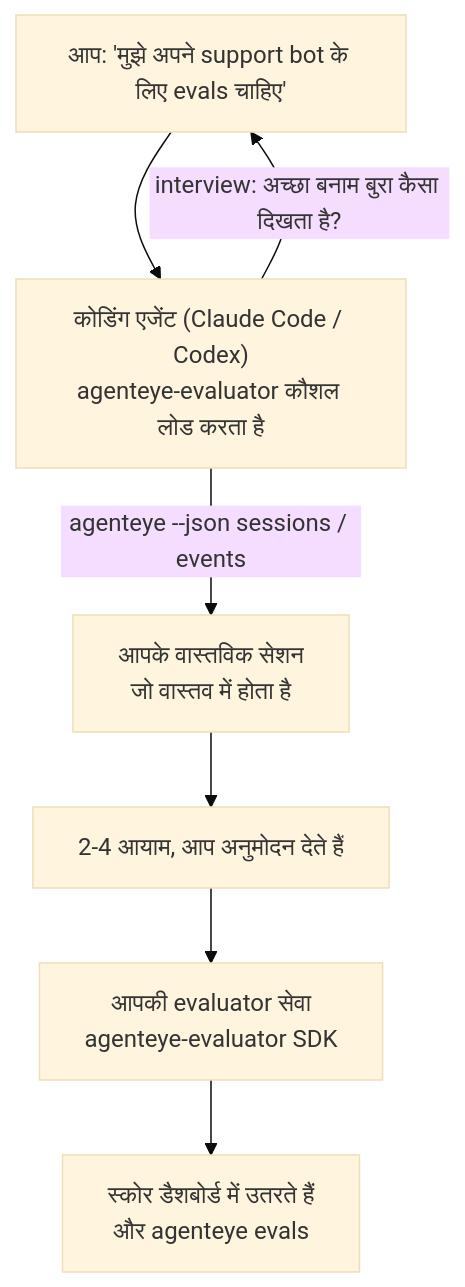
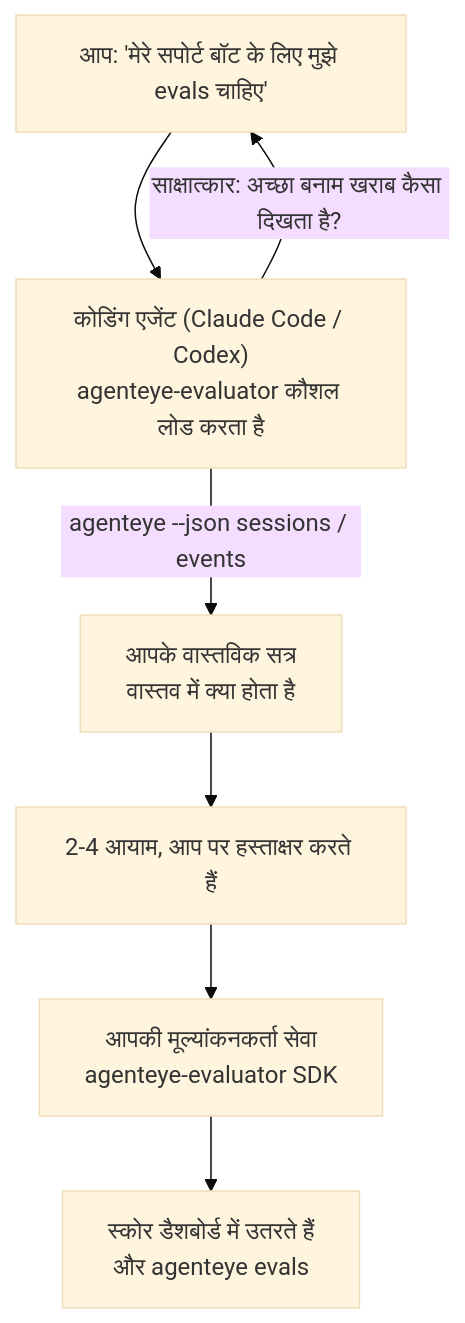
One commit to FailproofAI/failproofai changed the diagram in docs/hi/agenteye/evaluator-skill.mdx. Above: the diagram before and after it, drawn with Mermaid (base theme). The commit also changed other lines of this file and 651 other files, not shown here.

````diff
--- a/docs/hi/agenteye/evaluator-skill.mdx
+++ b/docs/hi/agenteye/evaluator-skill.mdx
@@ -21,9 +20,9 @@
 ```mermaid
 flowchart TD
-    YOU["आप: 'मुझे अपने support bot के लिए evals चाहिए'"] --> AGENT["कोडिंग एजेंट (Claude Code / Codex)<br/>agenteye-evaluator कौशल लोड करता है"]
-    AGENT -->|"interview: अच्छा बनाम बुरा कैसा दिखता है?"| YOU
-    AGENT -->|"agenteye --json sessions / events"| DATA["आपके वास्तविक सेशन<br/>जो वास्तव में होता है"]
-    DATA --> DIMS["2-4 आयाम, आप अनुमोदन देते हैं"]
-    DIMS --> SVC["आपकी evaluator सेवा<br/>agenteye-evaluator SDK"]
+    YOU["आप: 'मेरे सपोर्ट बॉट के लिए मुझे evals चाहिए'"] --> AGENT["कोडिंग एजेंट (Claude Code / Codex)<br/>agenteye-evaluator कौशल लोड करता है"]
+    AGENT -->|"साक्षात्कार: अच्छा बनाम खराब कैसा दिखता है?"| YOU
+    AGENT -->|"agenteye --json sessions / events"| DATA["आपके वास्तविक सत्र<br/>वास्तव में क्या होता है"]
+    DATA --> DIMS["2-4 आयाम, आप पर हस्ताक्षर करते हैं"]
+    DIMS --> SVC["आपकी मूल्यांकनकर्ता सेवा<br/>agenteye-evaluator SDK"]
     SVC --> SCORES["स्कोर डैशबोर्ड में उतरते हैं<br/>और agenteye evals"]
 ```
````
